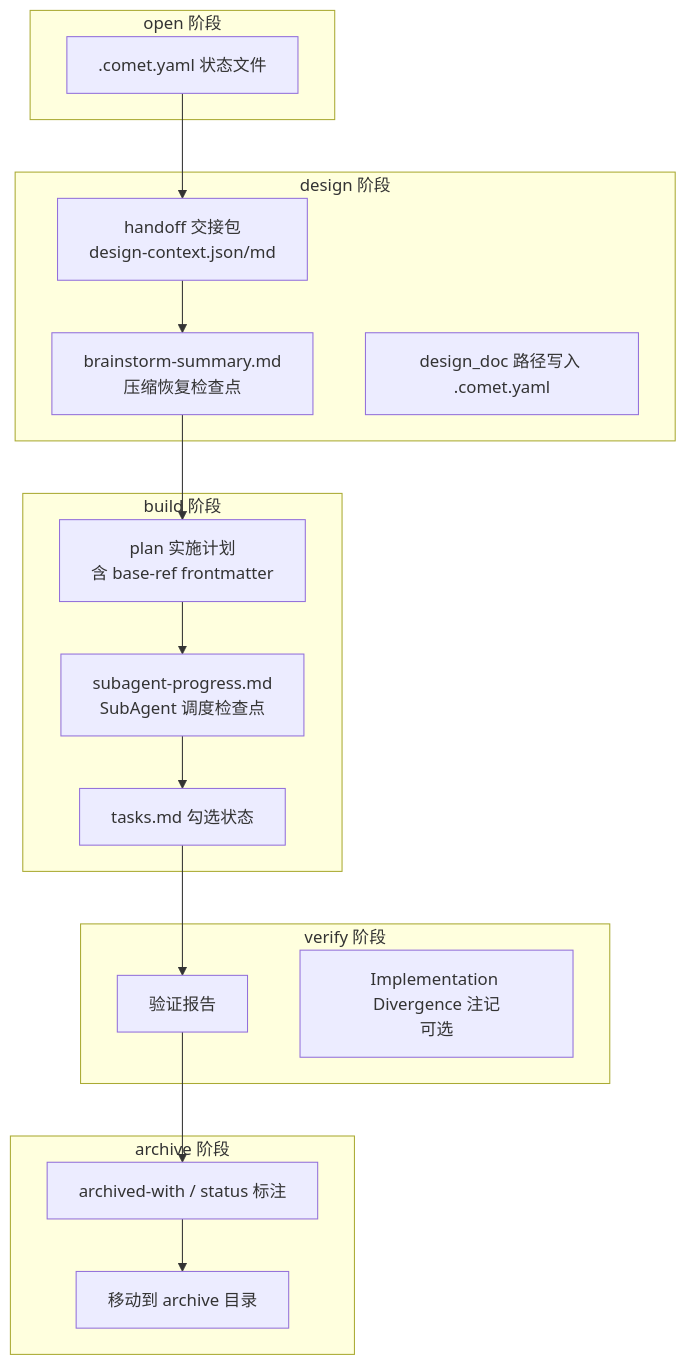
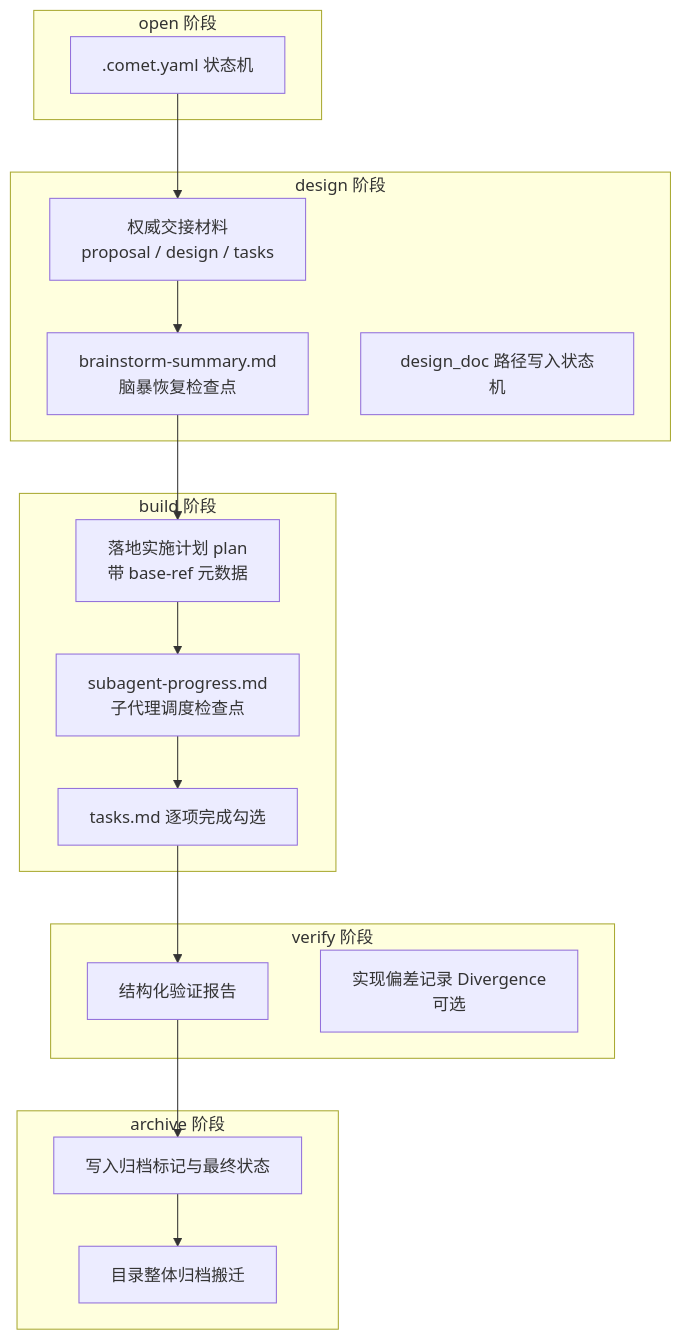
The diagram in zh/concepts/intermediate-artifacts.mdx (rpamis/comet-website-docs), drawn with Mermaid before and after one commit. The commit also changed other lines of this file and 76 other files, not shown here.

````diff
--- a/zh/concepts/intermediate-artifacts.mdx
+++ b/zh/concepts/intermediate-artifacts.mdx
@@ -13,32 +13,32 @@
 ```mermaid
 flowchart TD
   subgraph open["open 阶段"]
-    O1[".comet.yaml 状态文件"]
+    O1[".comet.yaml 状态机"]
   end
   subgraph design["design 阶段"]
-    D1["handoff 交接包<br/>design-context.json/md"]
-    D2["brainstorm-summary.md<br/>压缩恢复检查点"]
-    D3["design_doc 路径写入 .comet.yaml"]
+    D1["权威交接材料<br/>proposal / design / tasks"]
+    D2["brainstorm-summary.md<br/>脑暴恢复检查点"]
+    D3["design_doc 路径写入状态机"]
   end
   subgraph build["build 阶段"]
-    B1["plan 实施计划<br/>含 base-ref frontmatter"]
-    B2["subagent-progress.md<br/>SubAgent 调度检查点"]
-    B3["tasks.md 勾选状态"]
+    B1["落地实施计划 plan<br/>带 base-ref 元数据"]
+    B2["subagent-progress.md<br/>子代理调度检查点"]
+    B3["tasks.md 逐项完成勾选"]
   end
   subgraph verify["verify 阶段"]
-    V1["验证报告"]
-    V2["Implementation Divergence 注记<br/>可选"]
+    V1["结构化验证报告"]
+    V2["实现偏差记录 Divergence<br/>可选"]
   end
   subgraph archive["archive 阶段"]
-    A1["archived-with / status 标注"]
-    A2["移动到 archive 目录"]
+    A1["写入归档标记与最终状态"]
+    A2["目录整体归档搬迁"]
   end
   O1 --> D1
   D1 --> D2
   D2 --> B1
   B1 --> B2
   B2 --> B3
   B3 --> V1
   V1 --> A1
   A1 --> A2
 ```
````
